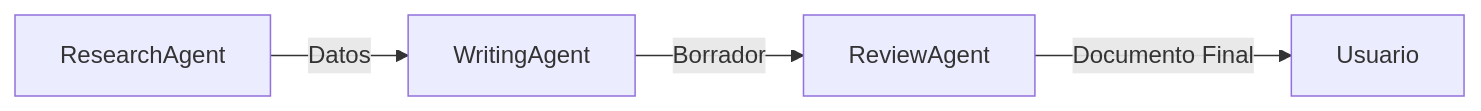
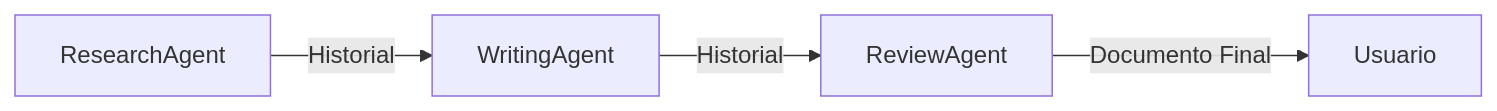
One commit to adiazcan/maf-workshop changed the first of 5 diagrams in docs/modulo-03-workflows/README.md. Above: the diagram before and after it, drawn with Mermaid. The commit also changed other lines of this file and 3 other files, not shown here.

````diff
--- a/docs/modulo-03-workflows/README.md
+++ b/docs/modulo-03-workflows/README.md
@@ -24,6 +27,6 @@
 ```mermaid
 graph LR
-    A[ResearchAgent] -->|Datos| B[WritingAgent]
-    B -->|Borrador| C[ReviewAgent]
+    A[ResearchAgent] -->|Historial| B[WritingAgent]
+    B -->|Historial| C[ReviewAgent]
     C -->|Documento Final| D[Usuario]
 ```
````
